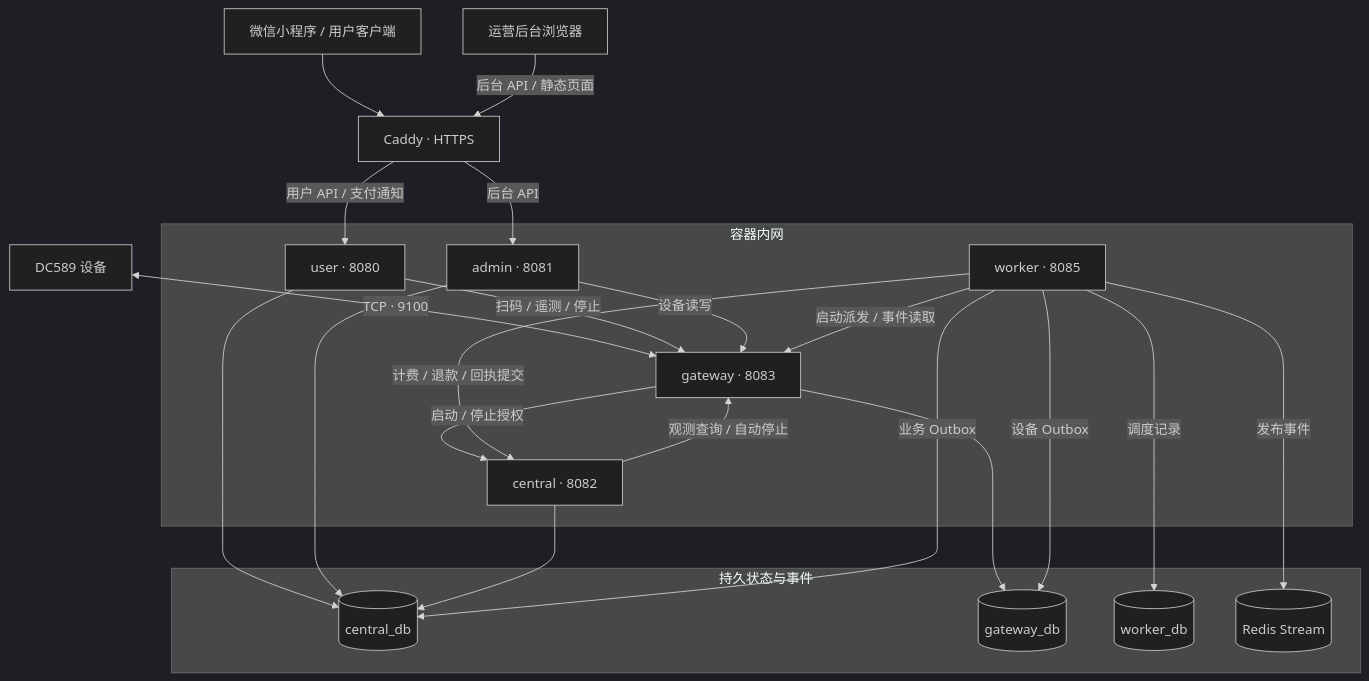
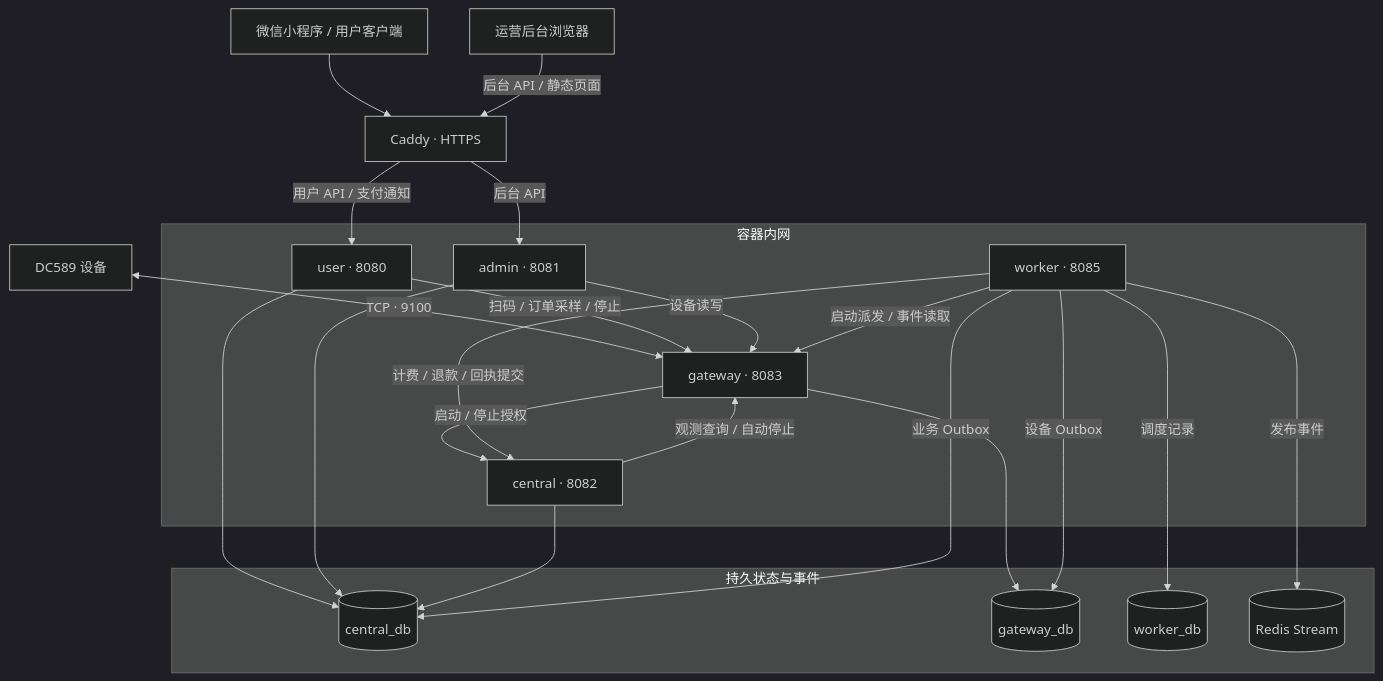
One commit to Yangshifu1024/WattHarbor changed the first of 9 diagrams in README.md. Above: the diagram before and after it, drawn with Mermaid (dark theme). The commit also changed other lines of this file and 110 other files, not shown here.

````diff
--- a/README.md
+++ b/README.md
@@ -89,35 +93,35 @@
 ```mermaid
 flowchart TB
     Client["微信小程序 / 用户客户端"] --> Edge["Caddy · HTTPS"]
     Browser["运营后台浏览器"] -->|"后台 API / 静态页面"| Edge
     Edge -->|"用户 API / 支付通知"| User["user · 8080"]
     Edge -->|"后台 API"| Admin["admin · 8081"]
     Device["DC589 设备"] <-->|"TCP · 9100"| Gateway["gateway · 8083"]
     subgraph Internal["容器内网"]
         User
         Admin
         Central["central · 8082"]
         Gateway
         Worker["worker · 8085"]
-        User -->|"扫码 / 遥测 / 停止"| Gateway
+        User -->|"扫码 / 订单采样 / 停止"| Gateway
         Admin -->|"设备读写"| Gateway
         Gateway -->|"启动 / 停止授权"| Central
         Central -->|"观测查询 / 自动停止"| Gateway
         Worker -->|"计费 / 退款 / 回执提交"| Central
         Worker -->|"启动派发 / 事件读取"| Gateway
     end
     subgraph Storage["持久状态与事件"]
         CDB[("central_db")]
         GDB[("gateway_db")]
         WDB[("worker_db")]
         Stream[("Redis Stream")]
     end
     User --> CDB
     Admin --> CDB
     Central --> CDB
     Gateway --> GDB
     Worker -->|"业务 Outbox"| CDB
     Worker -->|"设备 Outbox"| GDB
     Worker -->|"调度记录"| WDB
     Worker -->|"发布事件"| Stream
 ```
````
